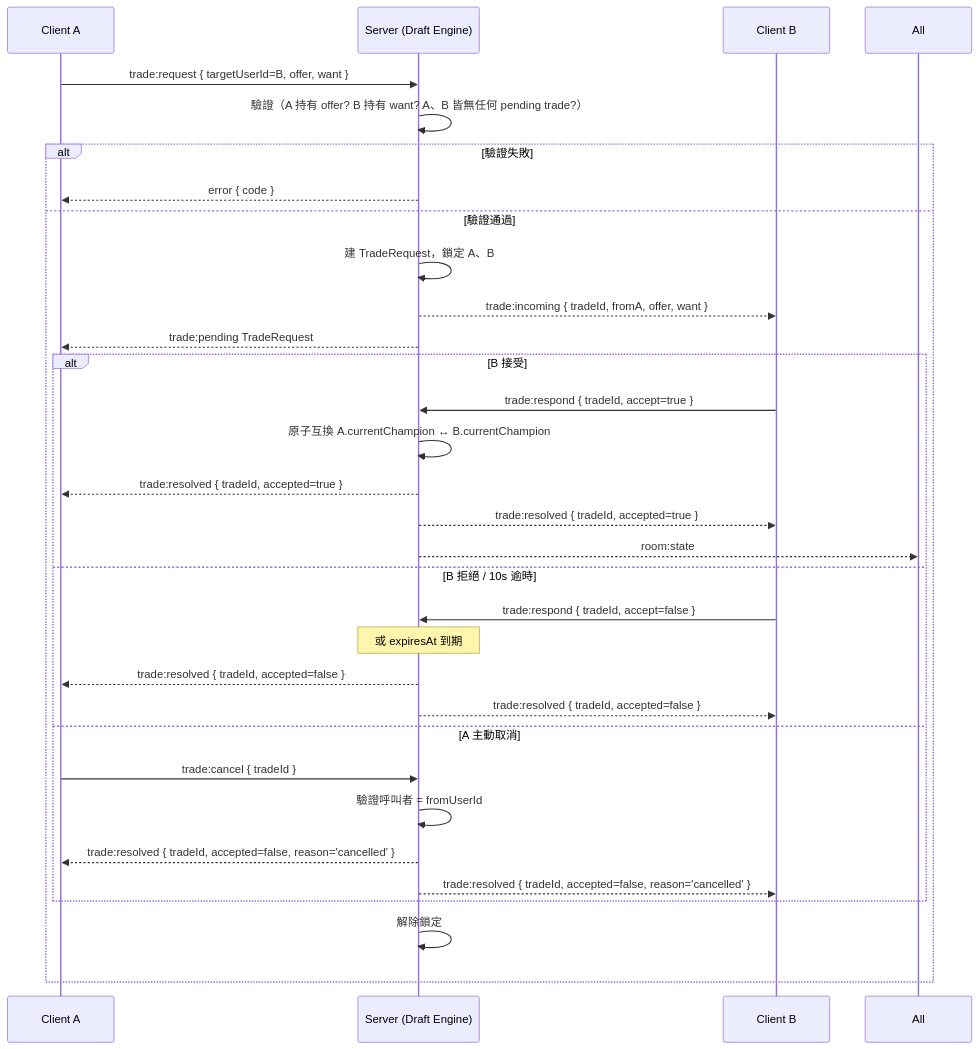
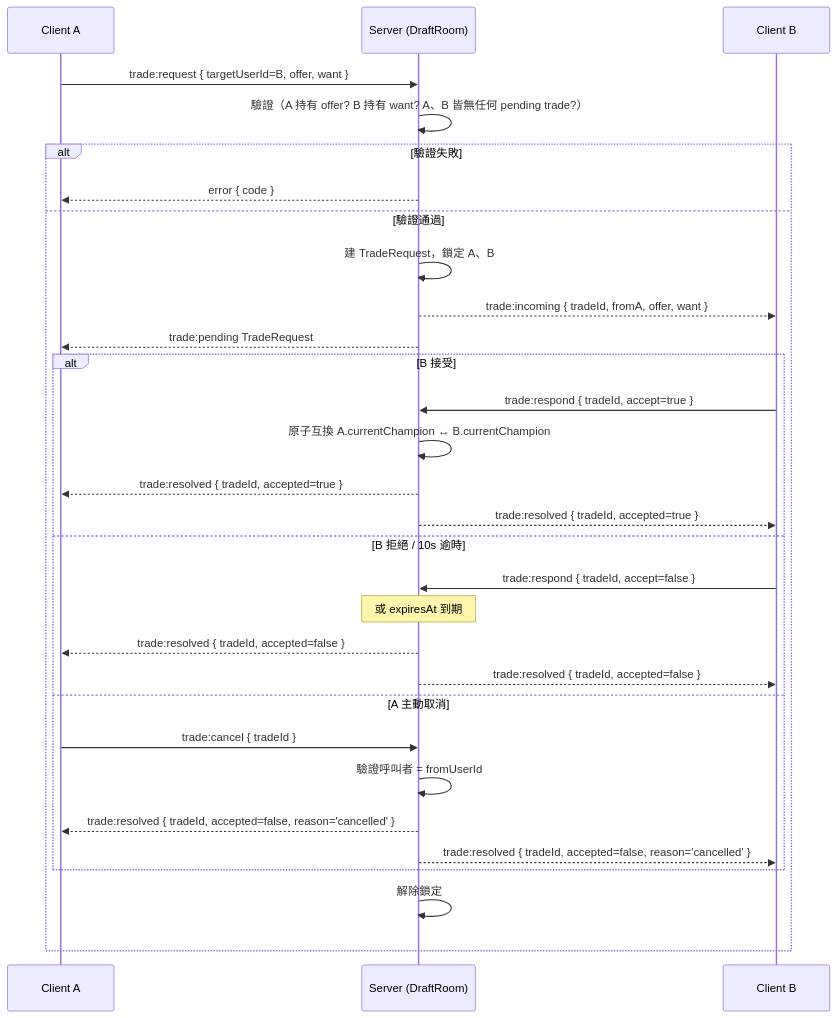
Before and after one commit to zhijiehuang111/game-draft-system: the third of 4 diagrams in docs/detailed-design.md, drawn with Mermaid. The commit also changed other lines of this file, not shown here.

````diff
--- a/docs/detailed-design.md
+++ b/docs/detailed-design.md
@@ -372,35 +353,34 @@
 ```mermaid
 sequenceDiagram
   participant A as Client A
-  participant S as Server (Draft Engine)
+  participant S as Server (DraftRoom)
   participant B as Client B
 
   A->>S: trade:request { targetUserId=B, offer, want }
   S->>S: 驗證（A 持有 offer? B 持有 want? A、B 皆無任何 pending trade?）
   alt 驗證失敗
     S-->>A: error { code }
   else 驗證通過
     S->>S: 建 TradeRequest，鎖定 A、B
     S-->>B: trade:incoming { tradeId, fromA, offer, want }
     S-->>A: trade:pending TradeRequest
 
     alt B 接受
       B->>S: trade:respond { tradeId, accept=true }
       S->>S: 原子互換 A.currentChampion ↔ B.currentChampion
       S-->>A: trade:resolved { tradeId, accepted=true }
       S-->>B: trade:resolved { tradeId, accepted=true }
-      S-->>All: room:state
     else B 拒絕 / 10s 逾時
       B->>S: trade:respond { tradeId, accept=false }
       Note over S: 或 expiresAt 到期
       S-->>A: trade:resolved { tradeId, accepted=false }
       S-->>B: trade:resolved { tradeId, accepted=false }
     else A 主動取消
       A->>S: trade:cancel { tradeId }
       S->>S: 驗證呼叫者 = fromUserId
       S-->>A: trade:resolved { tradeId, accepted=false, reason='cancelled' }
       S-->>B: trade:resolved { tradeId, accepted=false, reason='cancelled' }
     end
     S->>S: 解除鎖定
   end
 ```
````
